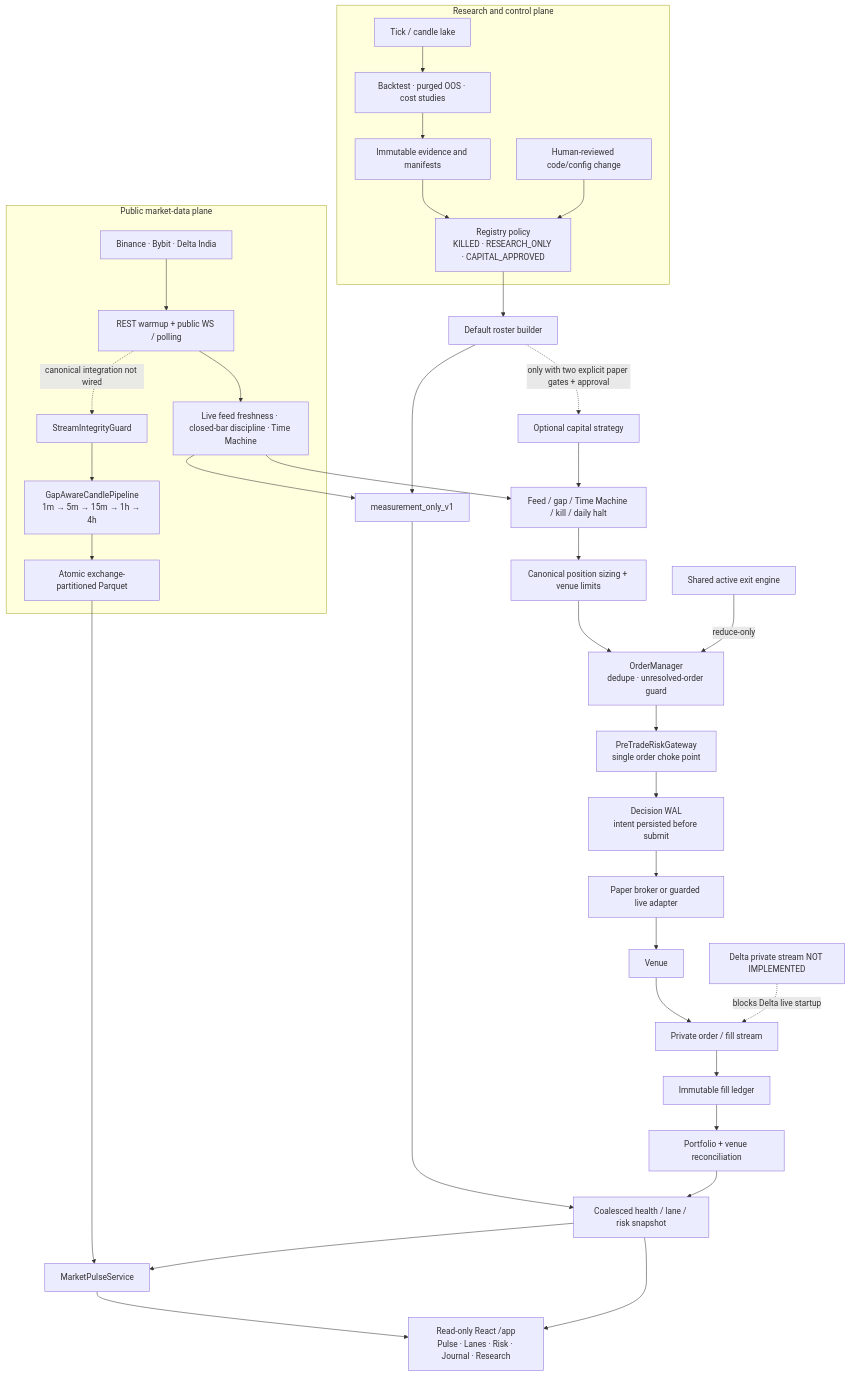
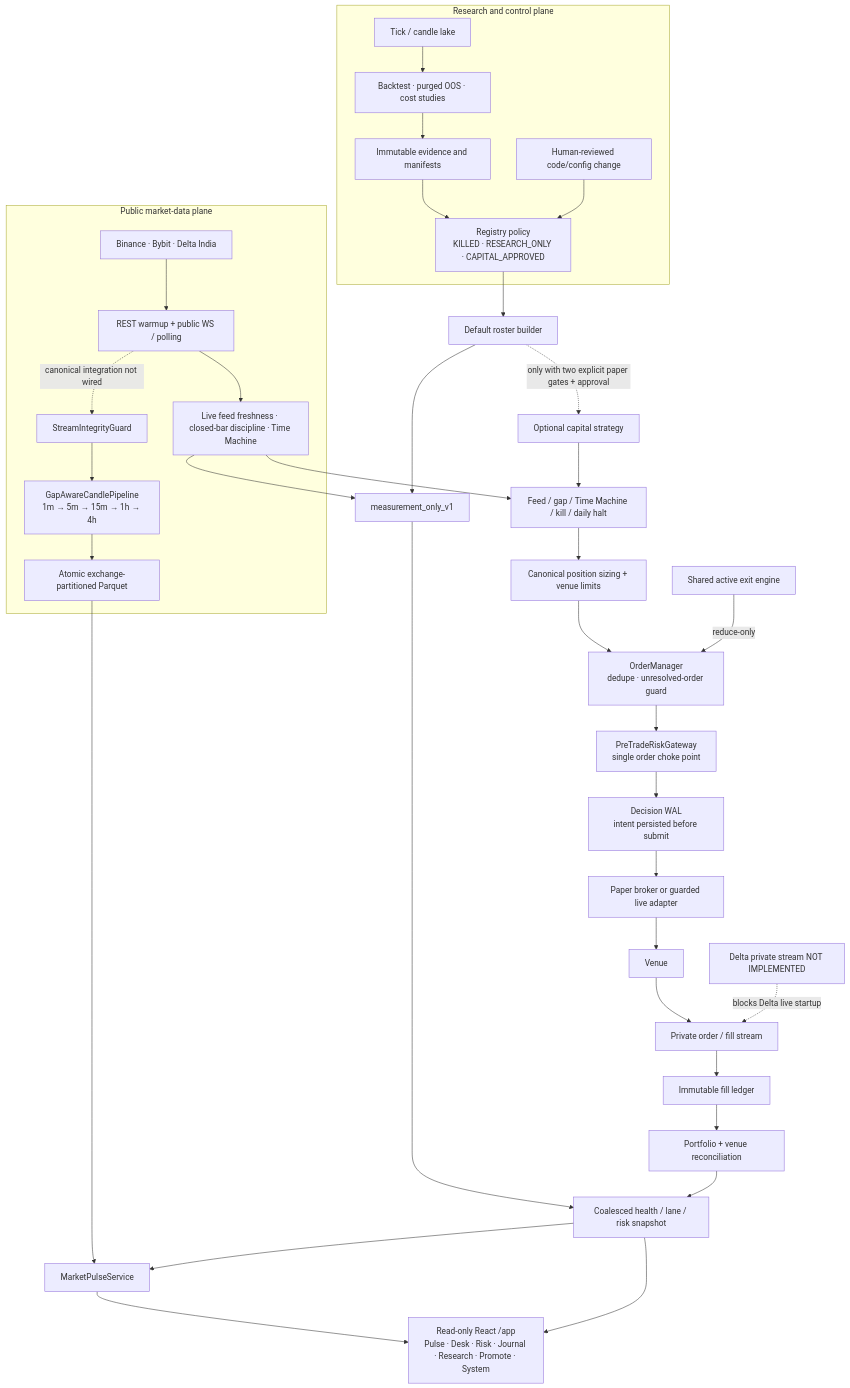
Before and after one commit to vikkl1990/vnedge: the first of 4 diagrams in docs/ARCHITECTURE_FLOW.md, drawn with Mermaid. The commit also changed other lines of this file and 16 other files, not shown here.

Commit message:
feat: complete measurement cockpit and dual avwap flow

````diff
--- a/docs/ARCHITECTURE_FLOW.md
+++ b/docs/ARCHITECTURE_FLOW.md
@@ -20,43 +20,43 @@
 ```mermaid
 flowchart TB
     subgraph Control["Research and control plane"]
         TickLake["Tick / candle lake"] --> Research["Backtest · purged OOS · cost studies"]
         Research --> Evidence["Immutable evidence and manifests"]
         Evidence --> Registry["Registry policy<br/>KILLED · RESEARCH_ONLY · CAPITAL_APPROVED"]
         Human["Human-reviewed code/config change"] --> Registry
     end
 
     subgraph Public["Public market-data plane"]
         Venues["Binance · Bybit · Delta India"] --> PublicFeed["REST warmup + public WS / polling"]
         PublicFeed --> LiveDQ["Live feed freshness · closed-bar discipline · Time Machine"]
         PublicFeed -. "canonical integration not wired" .-> Integrity["StreamIntegrityGuard"]
         Integrity --> CandlePipe["GapAwareCandlePipeline<br/>1m → 5m → 15m → 1h → 4h"]
         CandlePipe --> CanonicalLake["Atomic exchange-partitioned Parquet"]
     end
 
     Registry --> Roster["Default roster builder"]
     LiveDQ --> Measure["measurement_only_v1"]
     Roster --> Measure
     Measure --> Snapshot["Coalesced health / lane / risk snapshot"]
     CanonicalLake --> PulseService["MarketPulseService"]
     Snapshot --> PulseService
-    PulseService --> Dashboard["Read-only React /app<br/>Pulse · Lanes · Risk · Journal · Research"]
+    PulseService --> Dashboard["Read-only React /app<br/>Pulse · Desk · Risk · Journal · Research · Promote · System"]
     Snapshot --> Dashboard
 
     Roster -. "only with two explicit paper gates + approval" .-> Strategy["Optional capital strategy"]
     LiveDQ --> EntryGates["Feed / gap / Time Machine / kill / daily halt"]
     Strategy --> EntryGates
     EntryGates --> Sizing["Canonical position sizing + venue limits"]
     Sizing --> OM["OrderManager<br/>dedupe · unresolved-order guard"]
     Exit["Shared active exit engine"] -->|"reduce-only"| OM
     OM --> Risk["PreTradeRiskGateway<br/>single order choke point"]
     Risk --> WAL["Decision WAL<br/>intent persisted before submit"]
     WAL --> Adapter["Paper broker or guarded live adapter"]
     Adapter --> Exchange["Venue"]
     Exchange --> Private["Private order / fill stream"]
     Private --> FillLedger["Immutable fill ledger"]
     FillLedger --> Recon["Portfolio + venue reconciliation"]
     Recon --> Snapshot
 
     DeltaBlock["Delta private stream NOT IMPLEMENTED"] -. "blocks Delta live startup" .-> Private
 ```
````
